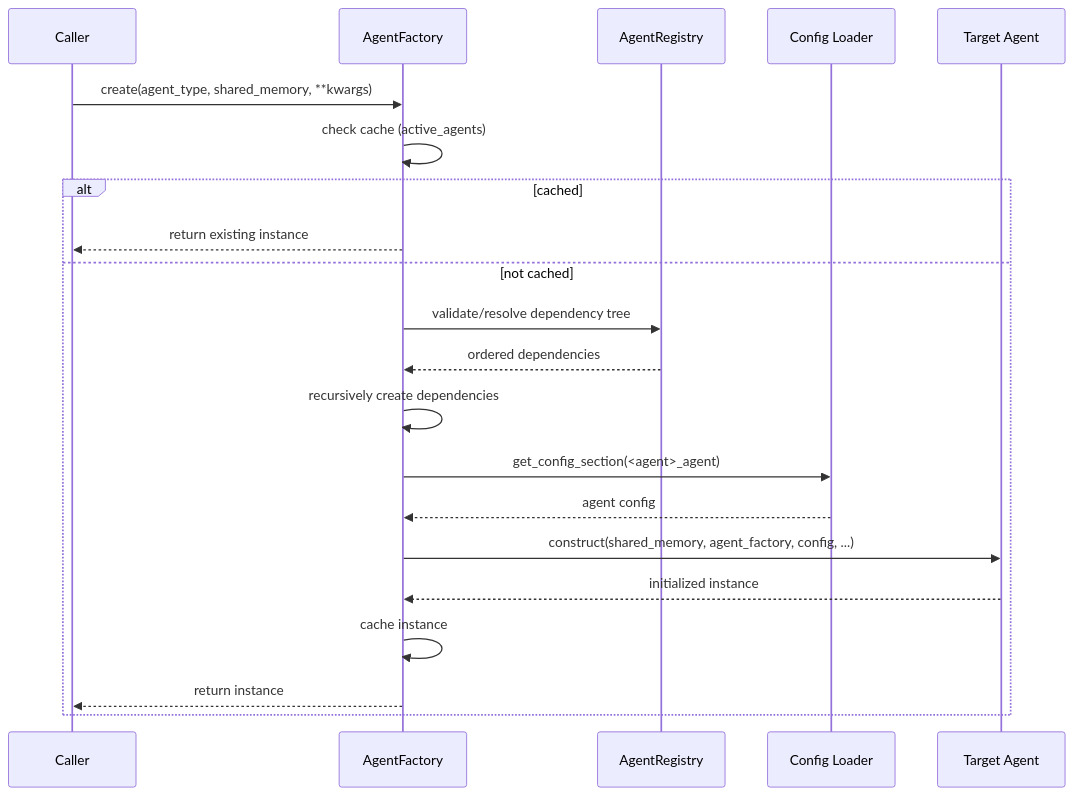
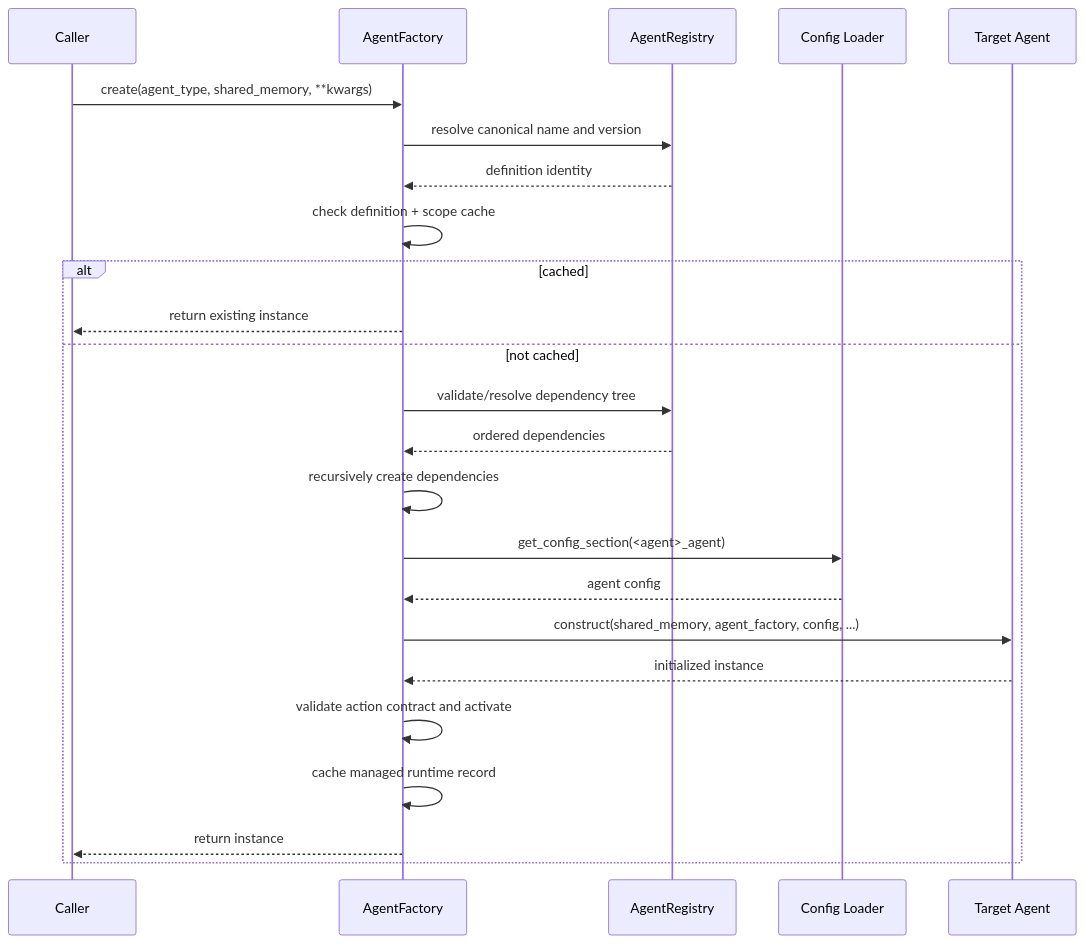
Before and after one commit to The-Outsider-97/SLAI: the second of 4 diagrams in src/agents/README.md, drawn with Mermaid. The commit also changed other lines of this file, not shown here.

First line of the commit message:
Update README with AgentFactory lifecycle details

````diff
--- a/src/agents/README.md
+++ b/src/agents/README.md
@@ -143,24 +145,27 @@
 ```mermaid
 sequenceDiagram
     participant Caller
     participant Factory as AgentFactory
     participant Registry as AgentRegistry
     participant Config as Config Loader
     participant Agent as Target Agent
 
     Caller->>Factory: create(agent_type, shared_memory, **kwargs)
-    Factory->>Factory: check cache (active_agents)
+    Factory->>Registry: resolve canonical name and version
+    Registry-->>Factory: definition identity
+    Factory->>Factory: check definition + scope cache
     alt cached
         Factory-->>Caller: return existing instance
     else not cached
         Factory->>Registry: validate/resolve dependency tree
         Registry-->>Factory: ordered dependencies
         Factory->>Factory: recursively create dependencies
         Factory->>Config: get_config_section(<agent>_agent)
         Config-->>Factory: agent config
         Factory->>Agent: construct(shared_memory, agent_factory, config, ...)
         Agent-->>Factory: initialized instance
-        Factory->>Factory: cache instance
+        Factory->>Factory: validate action contract and activate
+        Factory->>Factory: cache managed runtime record
         Factory-->>Caller: return instance
     end
 ```
````
